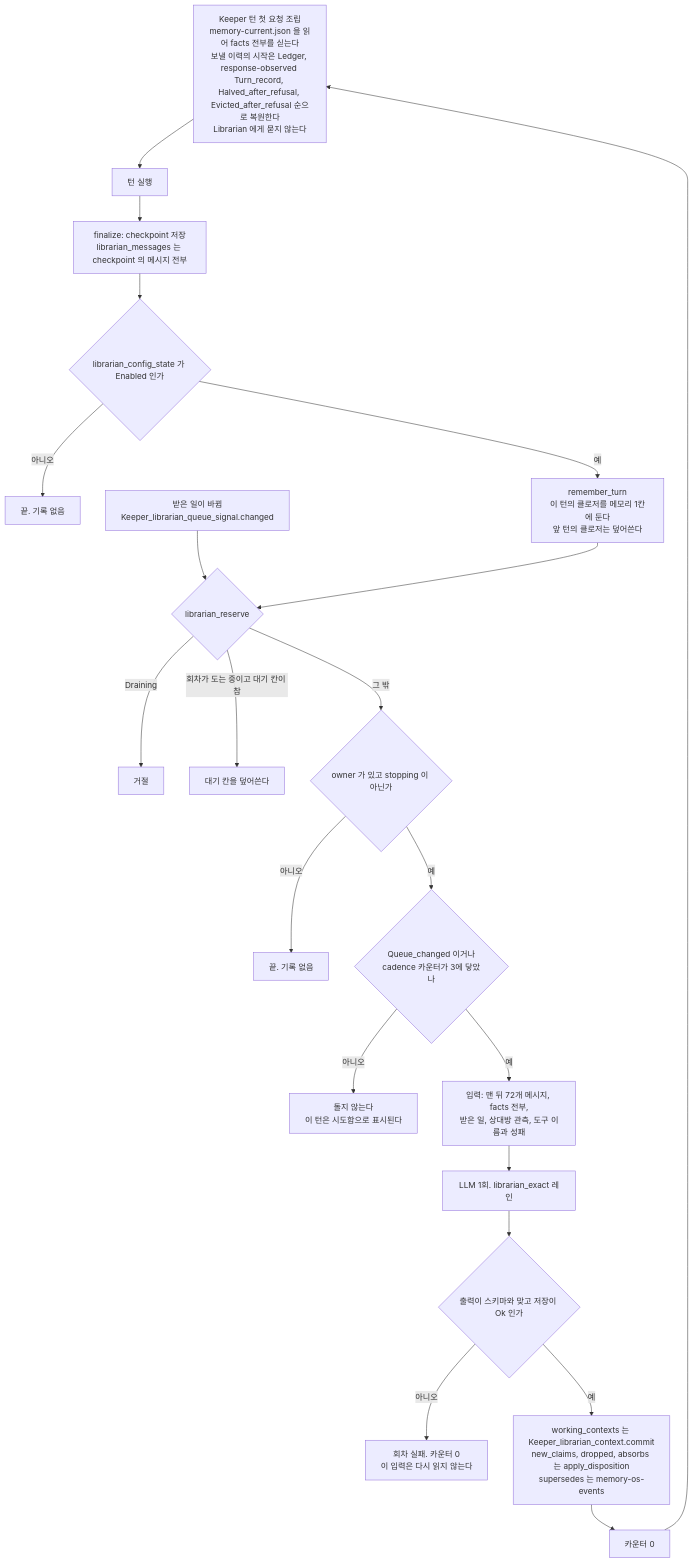
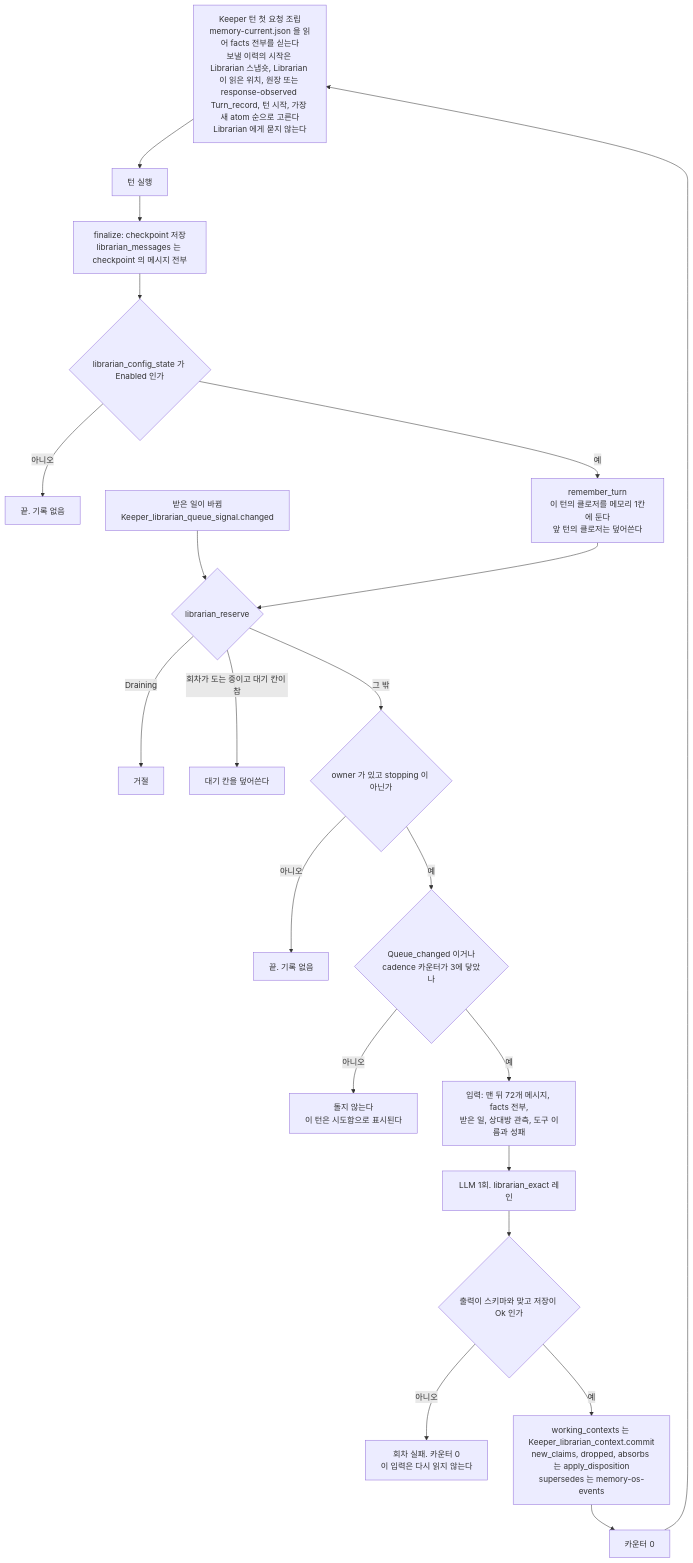
One commit to jeong-sik/masc changed the first of 2 diagrams in docs/rfc/RFC-librarian-lifecycle.md. Above: the diagram before and after it, drawn with Mermaid. The commit also changed 1 other file, not shown here.

Commit message:
docs(rfc): 첫 요청 이력 시작 순서를 코드대로, §13.0 의 낡은 중복 행 제거 (#37760 리뷰)

````diff
--- a/docs/rfc/RFC-librarian-lifecycle.md
+++ b/docs/rfc/RFC-librarian-lifecycle.md
@@ -112,23 +112,23 @@
 ```mermaid
 flowchart TD
-  A["Keeper 턴 첫 요청 조립<br/>memory-current.json 을 읽어 facts 전부를 싣는다<br/>보낼 이력의 시작은 Ledger, response-observed Turn_record, Halved_after_refusal, Evicted_after_refusal 순으로 복원한다<br/>Librarian 에게 묻지 않는다"] --> B["턴 실행"]
+  A["Keeper 턴 첫 요청 조립<br/>memory-current.json 을 읽어 facts 전부를 싣는다<br/>보낼 이력의 시작은 Librarian 스냅숏, Librarian 이 읽은 위치, 원장 또는 response-observed Turn_record, 턴 시작, 가장 새 atom 순으로 고른다<br/>Librarian 에게 묻지 않는다"] --> B["턴 실행"]
   B --> C["finalize: checkpoint 저장<br/>librarian_messages 는 checkpoint 의 메시지 전부"]
   C --> D{"librarian_config_state 가 Enabled 인가"}
   D -->|"아니오"| X0["끝. 기록 없음"]
   D -->|"예"| E["remember_turn<br/>이 턴의 클로저를 메모리 1칸에 둔다<br/>앞 턴의 클로저는 덮어쓴다"]
   Q["받은 일이 바뀜<br/>Keeper_librarian_queue_signal.changed"] --> F
   E --> F{"librarian_reserve"}
   F -->|"Draining"| X1["거절"]
   F -->|"회차가 도는 중이고 대기 칸이 참"| X2["대기 칸을 덮어쓴다"]
   F -->|"그 밖"| G{"owner 가 있고 stopping 이 아닌가"}
   G -->|"아니오"| X3["끝. 기록 없음"]
   G -->|"예"| H{"Queue_changed 이거나<br/>cadence 카운터가 3에 닿았나"}
   H -->|"아니오"| X4["돌지 않는다<br/>이 턴은 시도함으로 표시된다"]
   H -->|"예"| I["입력: 맨 뒤 72개 메시지, facts 전부,<br/>받은 일, 상대방 관측, 도구 이름과 성패"]
   I --> J["LLM 1회. librarian_exact 레인"]
   J --> K{"출력이 스키마와 맞고 저장이 Ok 인가"}
   K -->|"아니오"| X5["회차 실패. 카운터 0<br/>이 입력은 다시 읽지 않는다"]
   K -->|"예"| L["working_contexts 는 Keeper_librarian_context.commit<br/>new_claims, dropped, absorbs 는 apply_disposition<br/>supersedes 는 memory-os-events"]
   L --> M["카운터 0"]
   M --> A
 ```
````
